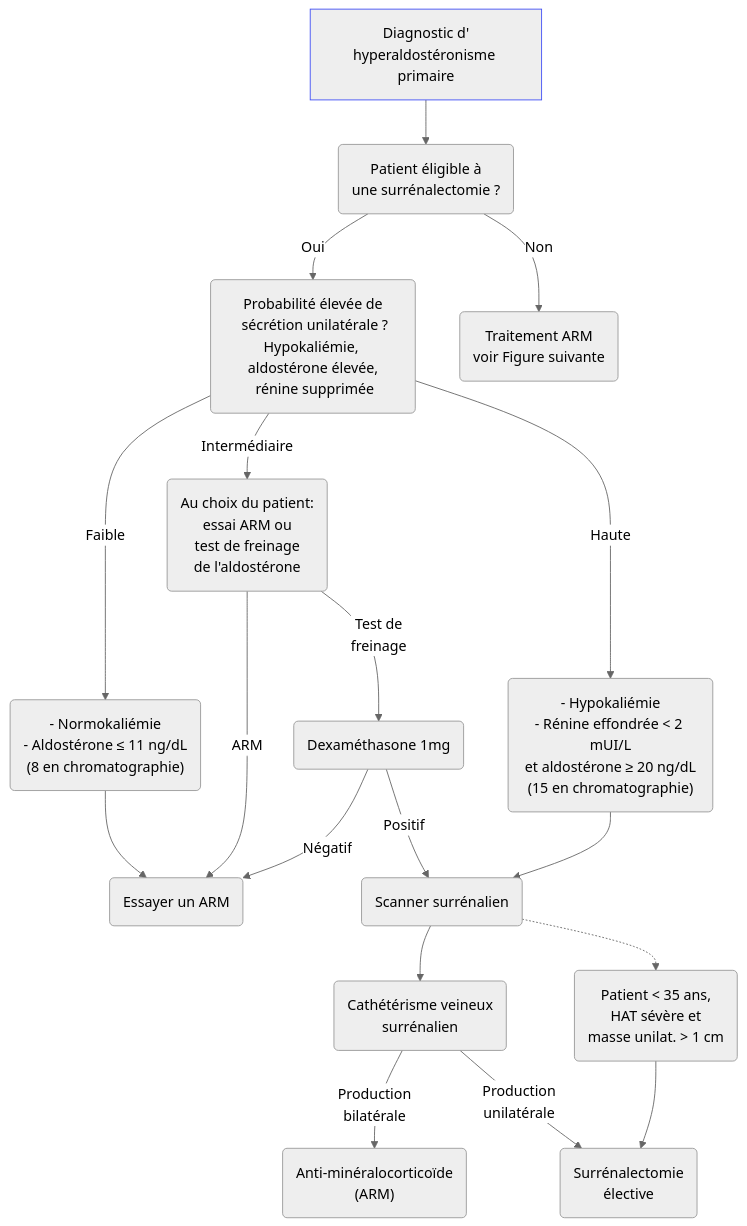
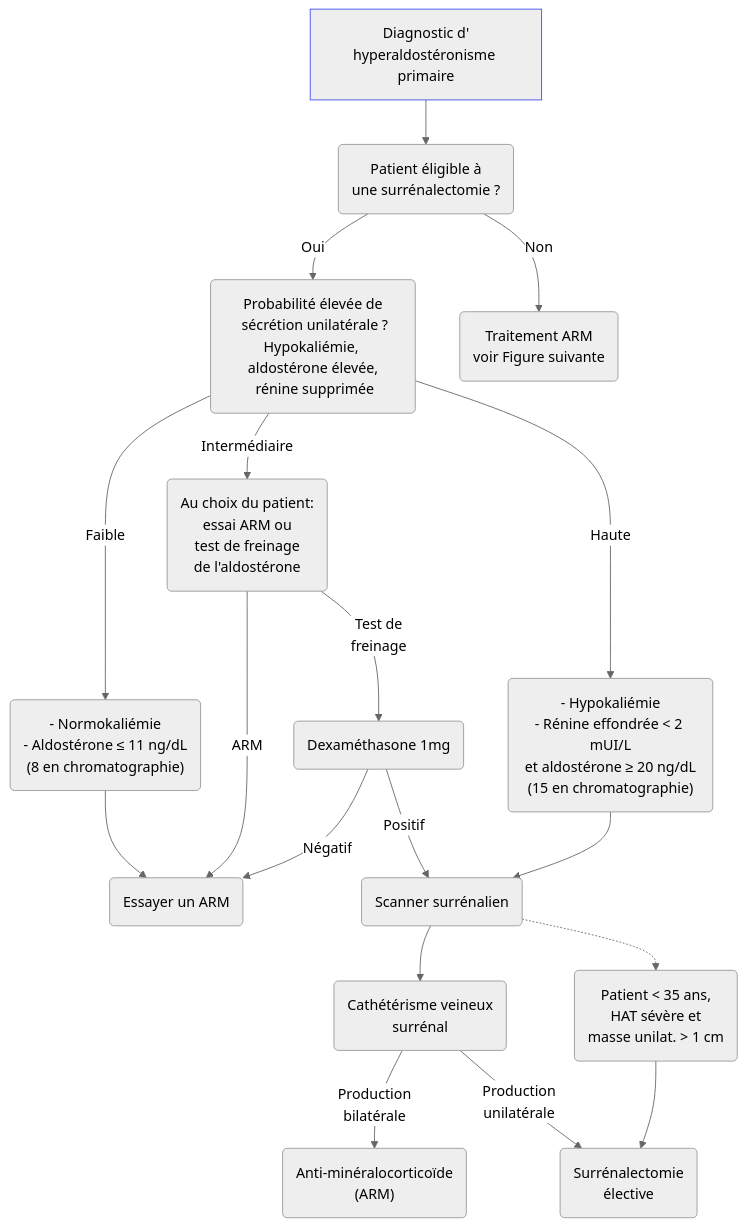
One commit to djibe/recommandations-medicales changed the second of 3 diagrams in content/recommandations/hyperaldosteronisme-primaire.md. Above: the diagram before and after it, drawn with Mermaid (neutral theme). The commit also changed other lines of this file and 1 other file, not shown here.

```diff
--- a/content/recommandations/hyperaldosteronisme-primaire.md
+++ b/content/recommandations/hyperaldosteronisme-primaire.md
@@ -217,12 +232,12 @@
 {{< mermaid title="Bilan complémentaire ou traitement d'emblée au diagnostic d'hyperaldostéronisme primaire. Dr JB Fron d'après ES 2025">}}
 graph TB
   diagnostic["Diagnostic d'<br>hyperaldostéronisme primaire"] --> éligible("Patient éligible à<br>une surrénalectomie ?") -- Oui --> probabilité("Probabilité élevée de<br> sécrétion unilatérale ?<br>Hypokaliémie, aldostérone élevée,<br> rénine supprimée") -- Faible --> faible("- Normokaliémie<br>- Aldostérone ≤ 11 ng/dL<br>(8 en chromatographie)") --> essai(Essayer un ARM)
     probabilité -- Intermédiaire --> intermédiaire("Au choix du patient:<br>essai ARM ou<br>test de freinage<br>de l'aldostérone") -- "ARM" --> essai
       intermédiaire -- "Test de<br>freinage" --> freinage("Dexaméthasone 1mg") -- Négatif --> essai
         freinage -- Positif --> scanner(Scanner surrénalien)
-    probabilité -- Haute --> haute("- Hypokaliémie<br>- Rénine effondrée < 2 mUI/L<br>et aldostérone ≥ 20 ng/dL<br>(15 en chromatographie)") --> scanner --> cathétérisme("Cathétérisme veineux<br>surrénalien") -- "Production<br>bilatérale" --> ARM("Anti-minéralocorticoïde<br>(ARM)")
+    probabilité -- Haute --> haute("- Hypokaliémie<br>- Rénine effondrée < 2 mUI/L<br>et aldostérone ≥ 20 ng/dL<br>(15 en chromatographie)") --> scanner --> cathétérisme("Cathétérisme veineux<br>surrénal") -- "Production<br>bilatérale" --> ARM("Anti-minéralocorticoïde<br>(ARM)")
        scanner -.-> jeune("Patient &lt; 35 ans,<br>HAT sévère et<br>masse unilat. &gt; 1 cm") --> chirurgie
       cathétérisme -- "Production<br>unilatérale" --> chirurgie("Surrénalectomie<br>élective")
   éligible -- Non --> traitement("Traitement ARM<br>voir Figure suivante")
   style diagnostic stroke:#4150f5, stroke-width:1px
 {{< /mermaid >}}
```
